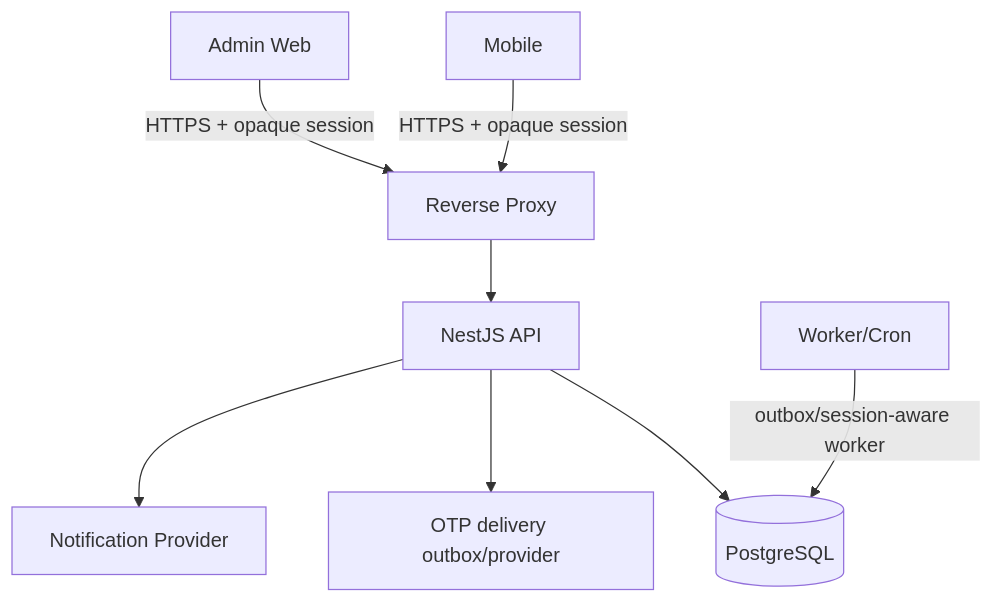
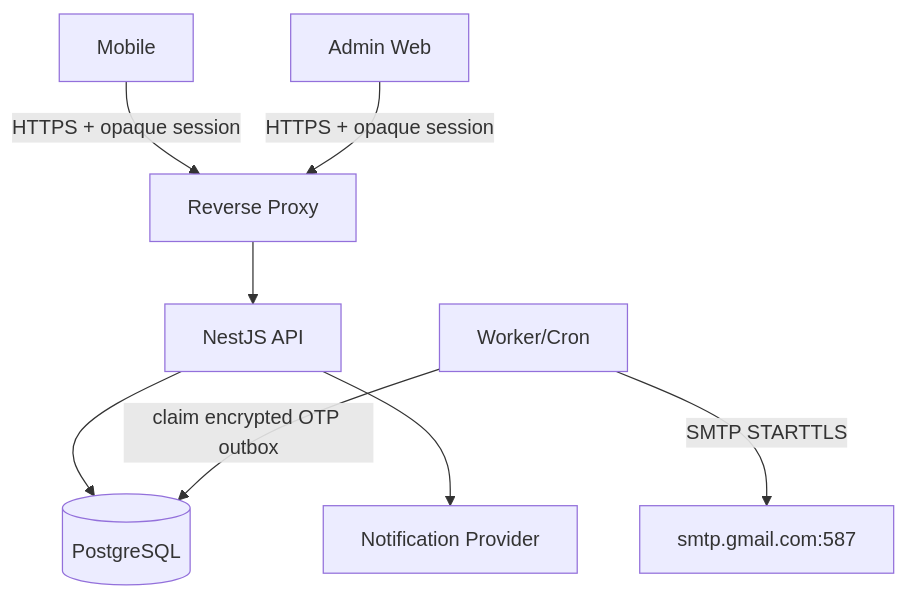
The first of 2 diagrams in docs/05-backend-structure.md (Wkiugt/IMeal-v3), drawn with Mermaid before and after one commit. The commit also changed 29 other files, not shown here.

First line of the commit message:
feat: deliver OTP through Gmail SMTP

````diff
--- a/docs/05-backend-structure.md
+++ b/docs/05-backend-structure.md
@@ -18,19 +18,19 @@
 ```mermaid
 flowchart TB
     MOB[Mobile]
     ADM[Admin Web]
     RP[Reverse Proxy]
     API[NestJS API]
     PG[(PostgreSQL)]
-    OTP[OTP delivery outbox/provider]
+    SMTP[smtp.gmail.com:587]
     JOB[Worker/Cron]
     PUSH[Notification Provider]
 
     MOB -->|HTTPS + opaque session| RP
     ADM -->|HTTPS + opaque session| RP
     RP --> API
     API --> PG
-    API --> OTP
-    JOB -->|outbox/session-aware worker| PG
+    JOB -->|claim encrypted OTP outbox| PG
+    JOB -->|SMTP STARTTLS| SMTP
     API --> PUSH
 ```
````
